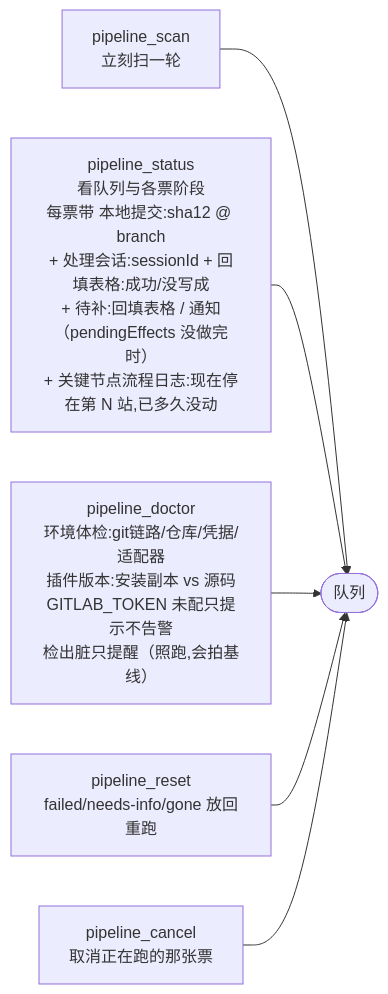
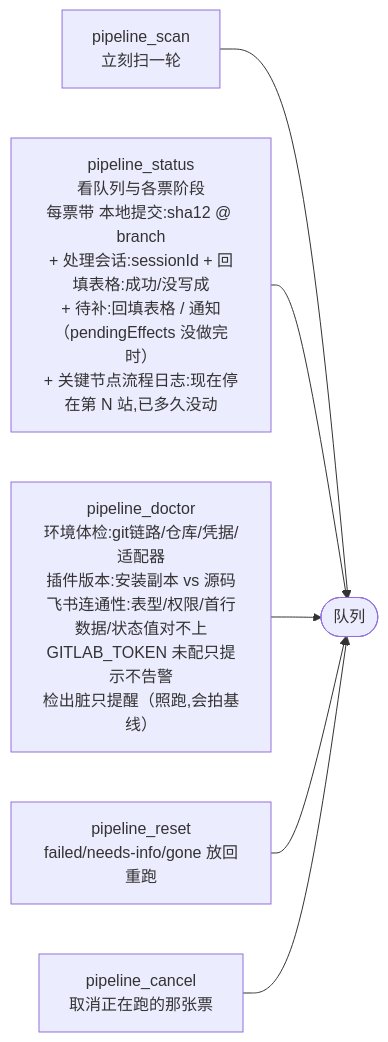
Before and after one commit to Mentality486/dsh-ticket-pipeline: the sixth of 6 diagrams in docs/ticket-pipeline/operation-flow.md, drawn with Mermaid. The commit also changed other lines of this file and 6 other files, not shown here.

````diff
--- a/docs/ticket-pipeline/operation-flow.md
+++ b/docs/ticket-pipeline/operation-flow.md
@@ -203,8 +203,8 @@
 ```mermaid
 flowchart LR
     T1[pipeline_scan<br/>立刻扫一轮] --> Q([队列])
     T2[pipeline_status<br/>看队列与各票阶段<br/>每票带 本地提交:sha12 @ branch<br/>+ 处理会话:sessionId + 回填表格:成功/没写成<br/>+ 待补:回填表格 / 通知（pendingEffects 没做完时）<br/>+ 关键节点流程日志:现在停在第 N 站,已多久没动] --> Q
-    T3[pipeline_doctor<br/>环境体检:git链路/仓库/凭据/适配器<br/>插件版本:安装副本 vs 源码<br/>GITLAB_TOKEN 未配只提示不告警<br/>检出脏只提醒（照跑,会拍基线）] --> Q
+    T3[pipeline_doctor<br/>环境体检:git链路/仓库/凭据/适配器<br/>插件版本:安装副本 vs 源码<br/>飞书连通性:表型/权限/首行数据/状态值对不上<br/>GITLAB_TOKEN 未配只提示不告警<br/>检出脏只提醒（照跑,会拍基线）] --> Q
     T4[pipeline_reset<br/>failed/needs-info/gone 放回重跑] --> Q
     T5[pipeline_cancel<br/>取消正在跑的那张票] --> Q
 ```
````
